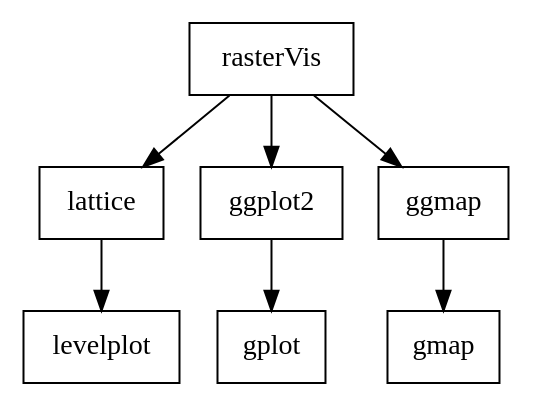
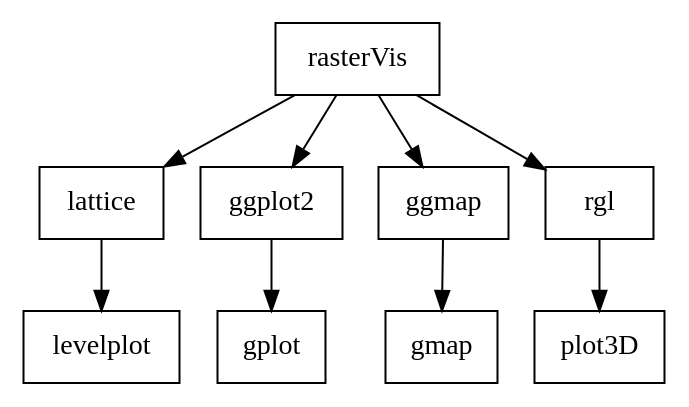
The diagram in Org/rasterNote.org (bwtian/learnRviaCode), drawn with Graphviz before and after one commit. The commit also changed other lines of this file and 1 other file, not shown here.

Commit message:
/ ‘Org/rasterNote.org’ / ‘Org/rasterVis.png’

```diff
--- a/Org/rasterNote.org
+++ b/Org/rasterNote.org
@@ -50,9 +51,10 @@
 #+BEGIN_SRC dot :file ./rasterVis.png
 digraph {
 node [shape = box]
-rasterVis -> {lattice, ggplot2, ggmap} 
+rasterVis -> {lattice, ggplot2, ggmap, rgl} 
 lattice -> levelplot
 ggplot2 -> gplot
 ggmap -> gmap
+rgl -> plot3D
 }
 #+END_SRC
```
